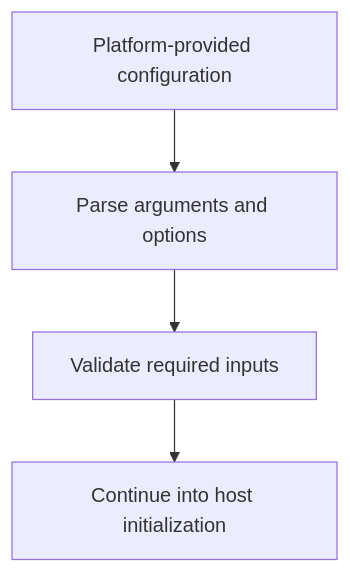
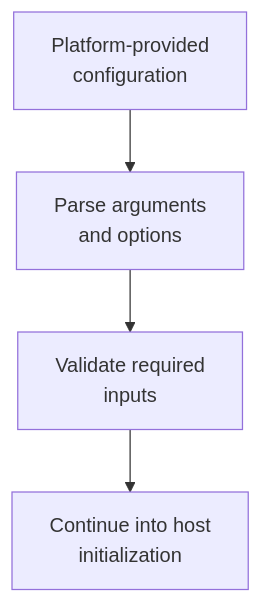
One commit to Aelbannan/boat_of_daphnes changed the seventh of 9 diagrams in docs/architecture/Host.md. Above: the diagram before and after it, drawn with Mermaid. The commit also changed other lines of this file and 7 other files, not shown here.

Commit message:
Wrap Mermaid diagram labels

````diff
--- a/docs/architecture/Host.md
+++ b/docs/architecture/Host.md
@@ -215,9 +215,9 @@
 ```mermaid
 flowchart TD
-    Input["Platform-provided configuration"]
-    Parse["Parse arguments and options"]
-    Validate["Validate required inputs"]
-    Init["Continue into host initialization"]
+    Input["Platform-provided<br/>configuration"]
+    Parse["Parse arguments<br/>and options"]
+    Validate["Validate required<br/>inputs"]
+    Init["Continue into host<br/>initialization"]
 
     Input --> Parse --> Validate --> Init
 ```
````
